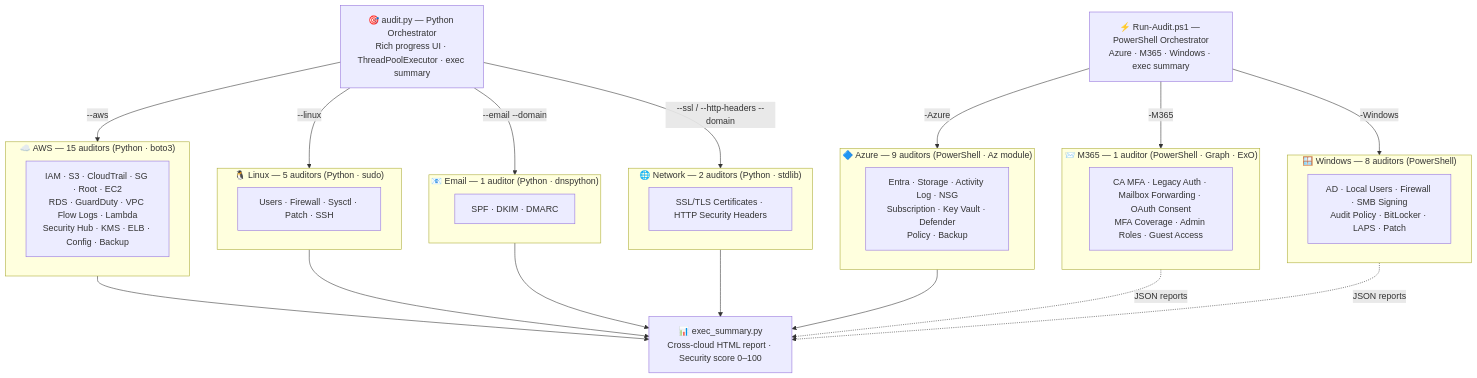
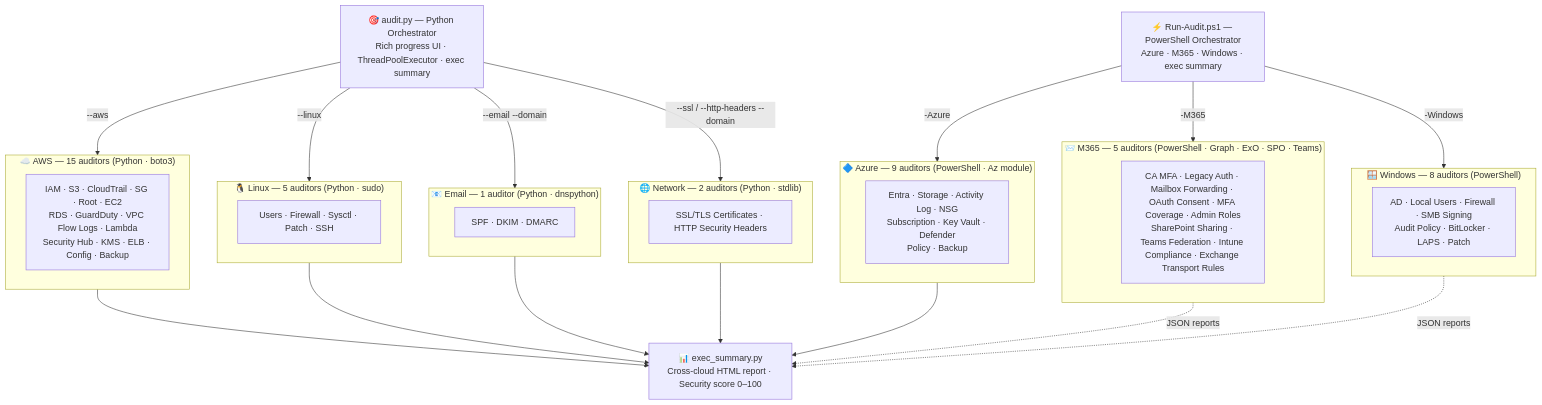
The diagram in README.md (DunneSecurity/SecurityAuditScripts), drawn with Mermaid before and after one commit. The commit also changed other lines of this file and 1 other file, not shown here.

Commit message:
feat(m365): wire sharepoint/teams/intune/exchange auditors into Run-Audit.ps1 and README

````diff
--- a/README.md
+++ b/README.md
@@ -28,50 +28,50 @@
 ```mermaid
 graph TD
     O["🎯 audit.py — Python Orchestrator\nRich progress UI · ThreadPoolExecutor · exec summary"]
     P["⚡ Run-Audit.ps1 — PowerShell Orchestrator\nAzure · M365 · Windows · exec summary"]
 
     subgraph AWS["☁️ AWS  —  15 auditors  (Python · boto3)"]
         A["IAM · S3 · CloudTrail · SG · Root · EC2\nRDS · GuardDuty · VPC Flow Logs · Lambda\nSecurity Hub · KMS · ELB · Config · Backup"]
     end
 
     subgraph Linux["🐧 Linux  —  5 auditors  (Python · sudo)"]
         L["Users · Firewall · Sysctl · Patch · SSH"]
     end
 
     subgraph Azure["🔷 Azure  —  9 auditors  (PowerShell · Az module)"]
         AZ["Entra · Storage · Activity Log · NSG\nSubscription · Key Vault · Defender\nPolicy · Backup"]
     end
 
-    subgraph M365["📨 M365  —  1 auditor  (PowerShell · Graph · ExO)"]
-        M["CA MFA · Legacy Auth · Mailbox Forwarding · OAuth Consent\nMFA Coverage · Admin Roles · Guest Access"]
+    subgraph M365["📨 M365  —  5 auditors  (PowerShell · Graph · ExO · SPO · Teams)"]
+        M["CA MFA · Legacy Auth · Mailbox Forwarding · OAuth Consent · MFA Coverage · Admin Roles\nSharePoint Sharing · Teams Federation · Intune Compliance · Exchange Transport Rules"]
     end
 
     subgraph Windows["🪟 Windows  —  8 auditors  (PowerShell)"]
         W["AD · Local Users · Firewall · SMB Signing\nAudit Policy · BitLocker · LAPS · Patch"]
     end
 
     subgraph Email["📧 Email  —  1 auditor  (Python · dnspython)"]
         E["SPF · DKIM · DMARC"]
     end
 
     subgraph Network["🌐 Network  —  2 auditors  (Python · stdlib)"]
         N["SSL/TLS Certificates · HTTP Security Headers"]
     end
 
     O -->|"--aws"| AWS
     O -->|"--linux"| Linux
     O -->|"--email --domain"| Email
     O -->|"--ssl / --http-headers --domain"| Network
 
     P -->|"-Azure"| Azure
     P -->|"-M365"| M365
     P -->|"-Windows"| Windows
 
     AWS --> S["📊 exec_summary.py\nCross-cloud HTML report · Security score 0–100"]
     Linux --> S
     Azure --> S
     M365 -.->|"JSON reports"| S
     Email --> S
     Network --> S
     Windows -.->|"JSON reports"| S
 ```
````
